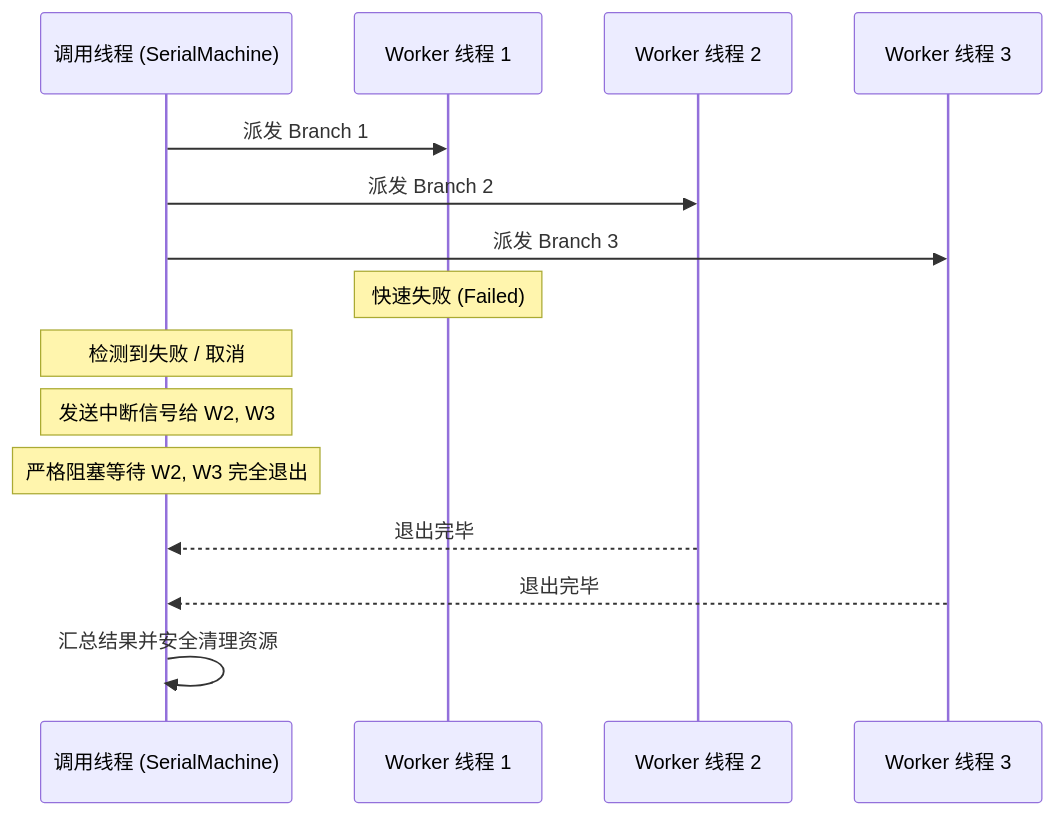
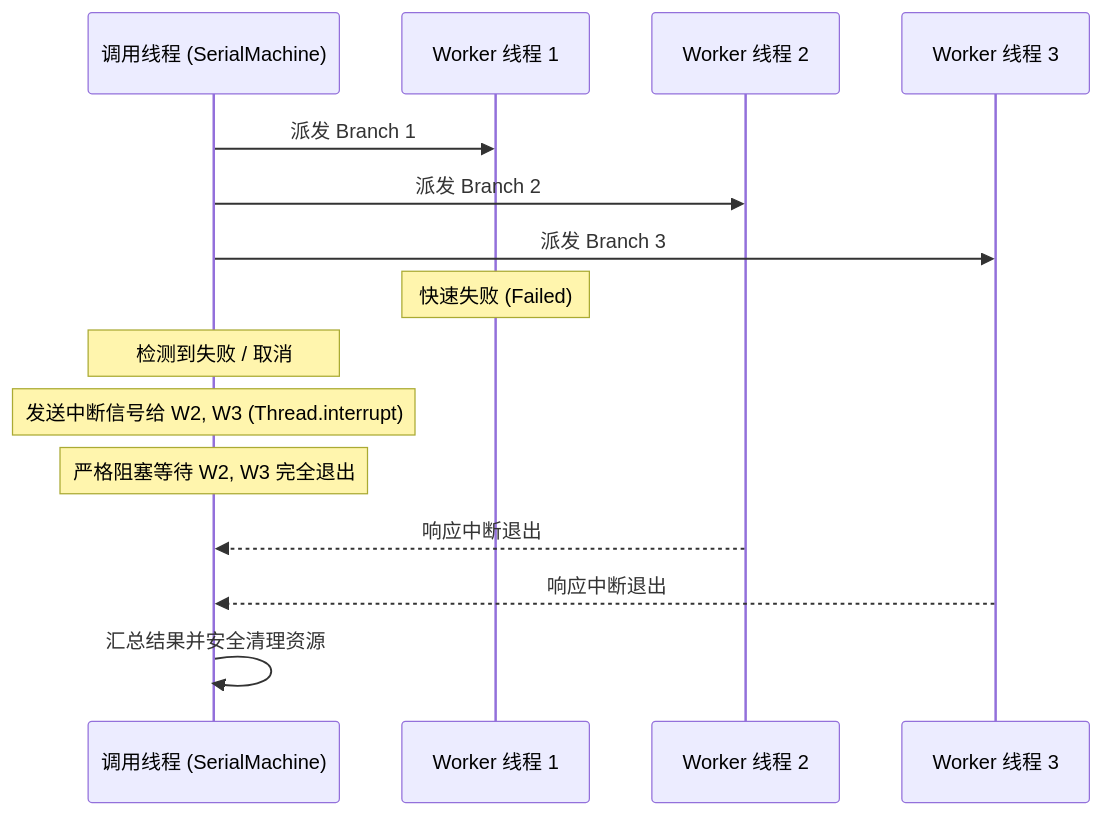
Before and after one commit to team4u/team4u-framework: the second of 2 diagrams in docs/flow/flow-parallel.md, drawn with Mermaid. The commit also changed other lines of this file and 21 other files, not shown here.

Commit message:
docs(flow): deepen technical documentation across core, governance, durable, and testing

````diff
--- a/docs/flow/flow-parallel.md
+++ b/docs/flow/flow-parallel.md
@@ -130,21 +132,21 @@
 ```mermaid
 sequenceDiagram
     participant Main as 调用线程 (SerialMachine)
     participant W1 as Worker 线程 1
     participant W2 as Worker 线程 2
     participant W3 as Worker 线程 3
     
     Main->>W1: 派发 Branch 1
     Main->>W2: 派发 Branch 2
     Main->>W3: 派发 Branch 3
     
     Note over W1: 快速失败 (Failed)
     Note over Main: 检测到失败 / 取消
-    Note over Main: 发送中断信号给 W2, W3
+    Note over Main: 发送中断信号给 W2, W3 (Thread.interrupt)
     
     Note over Main: 严格阻塞等待 W2, W3 完全退出
-    W2-->>Main: 退出完毕
-    W3-->>Main: 退出完毕
+    W2-->>Main: 响应中断退出
+    W3-->>Main: 响应中断退出
     
     Main->>Main: 汇总结果并安全清理资源
 ```
````
